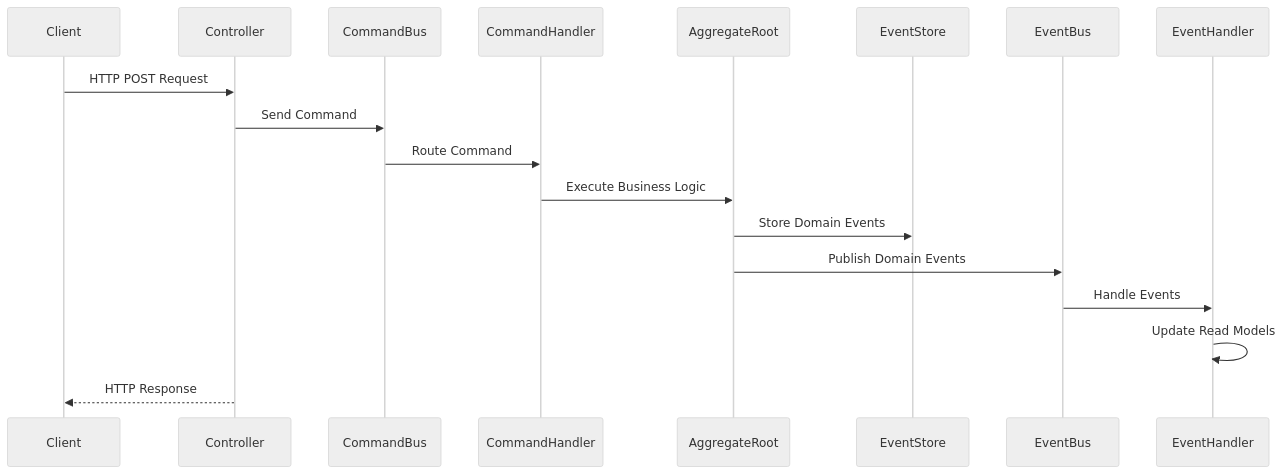
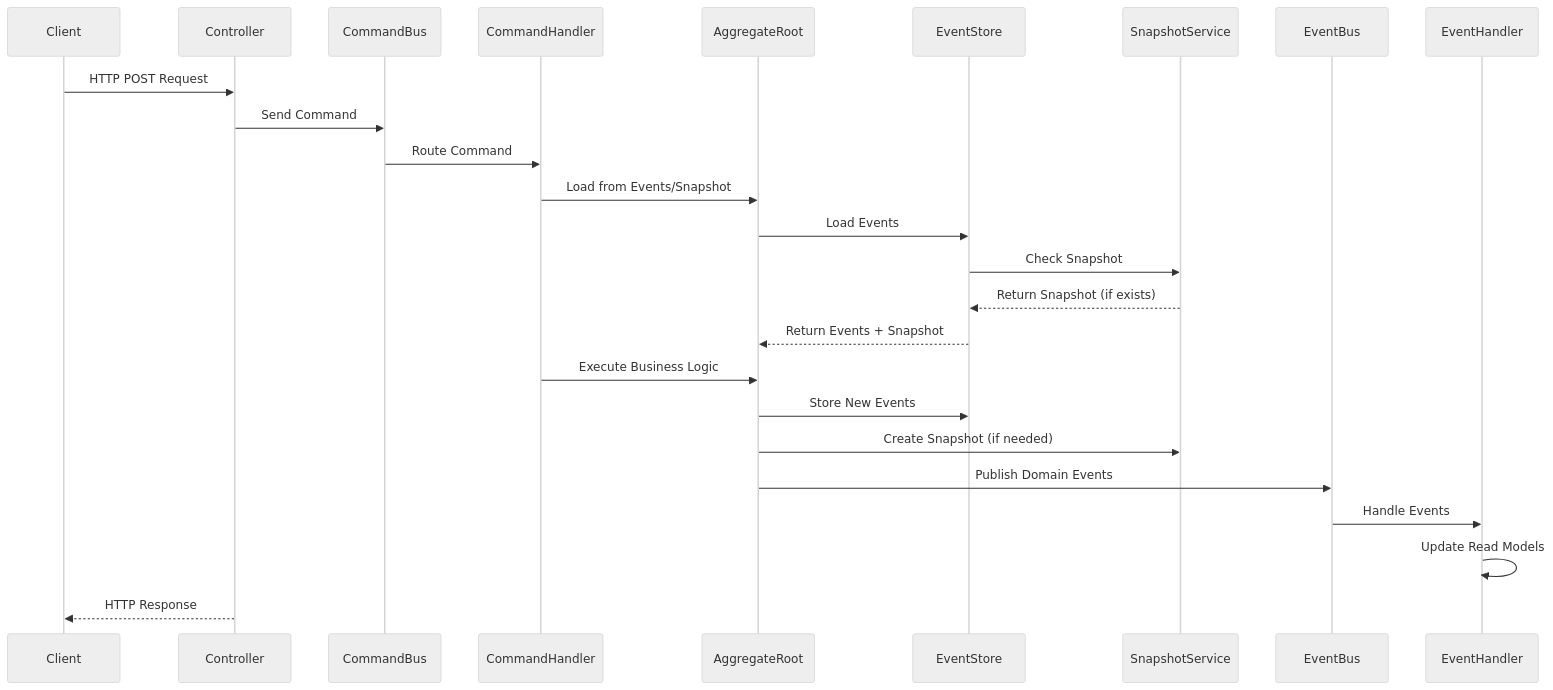
The third of 10 diagrams in .trae/documents/知识库管理系统技术架构文档.md (phanerozoicc/lifee), drawn with Mermaid (neutral theme) before and after one commit. The commit also changed other lines of this file and 80 other files, not shown here.

````diff
--- a/.trae/documents/知识库管理系统技术架构文档.md
+++ b/.trae/documents/知识库管理系统技术架构文档.md
@@ -350,21 +350,28 @@
 ```mermaid
 sequenceDiagram
     participant Client
     participant Controller
     participant CommandBus
     participant CommandHandler
     participant AggregateRoot
     participant EventStore
+    participant SnapshotService
     participant EventBus
     participant EventHandler
     
     Client->>Controller: HTTP POST Request
     Controller->>CommandBus: Send Command
     CommandBus->>CommandHandler: Route Command
+    CommandHandler->>AggregateRoot: Load from Events/Snapshot
+    AggregateRoot->>EventStore: Load Events
+    EventStore->>SnapshotService: Check Snapshot
+    SnapshotService-->>EventStore: Return Snapshot (if exists)
+    EventStore-->>AggregateRoot: Return Events + Snapshot
     CommandHandler->>AggregateRoot: Execute Business Logic
-    AggregateRoot->>EventStore: Store Domain Events
+    AggregateRoot->>EventStore: Store New Events
+    AggregateRoot->>SnapshotService: Create Snapshot (if needed)
     AggregateRoot->>EventBus: Publish Domain Events
     EventBus->>EventHandler: Handle Events
     EventHandler->>EventHandler: Update Read Models
     Controller-->>Client: HTTP Response
 ```
````
